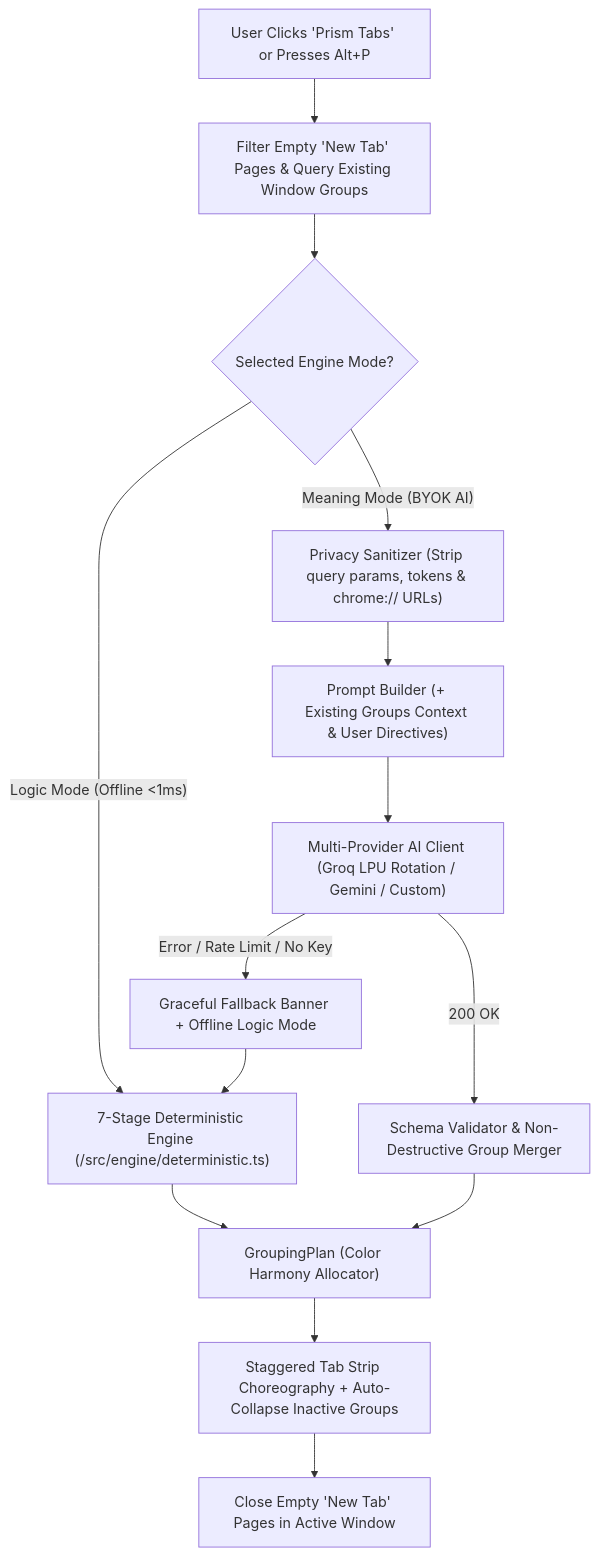
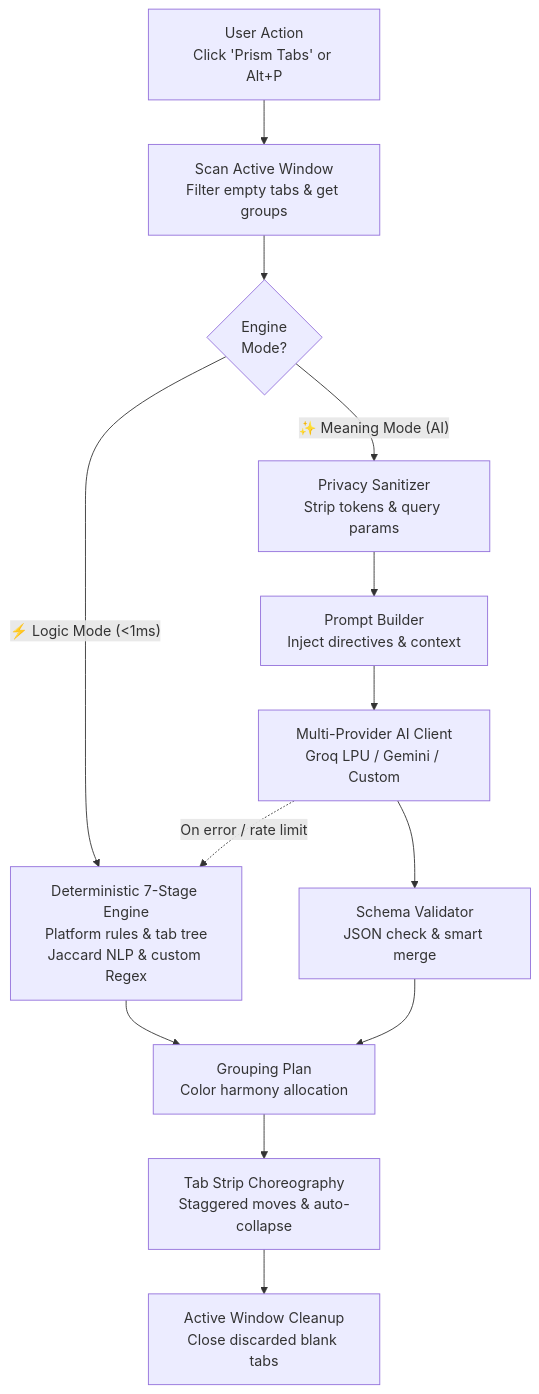
Before and after one commit to vagram-karapetyan/prism-tabs: the diagram in README.md, drawn with Mermaid. The commit also changed other lines of this file, not shown here.

Commit message:
docs(readme): fix mermaid diagram text truncation and update test badges

````diff
--- a/README.md
+++ b/README.md
@@ -30,21 +30,25 @@
 ```mermaid
 flowchart TD
-    User["User Clicks 'Prism Tabs' or Presses Alt+P"] --> EmptyFilter["Filter Empty 'New Tab' Pages & Query Existing Window Groups"]
-    EmptyFilter --> ModeCheck{"Selected Engine Mode?"}
+    Start["User Action<br/>Click 'Prism Tabs' or Alt+P"] --> Scan["Scan Active Window<br/>Filter empty tabs & get groups"]
+    Scan --> Mode{"Engine<br/>Mode?"}
 
-    ModeCheck -- "Logic Mode (Offline <1ms)" --> DetEngine["7-Stage Deterministic Engine (/src/engine/deterministic.ts)"]
-    ModeCheck -- "Meaning Mode (BYOK AI)" --> Sanitizer["Privacy Sanitizer (Strip query params, tokens & chrome:// URLs)"]
+    %% Logic Branch
+    Mode -->|"⚡ Logic Mode (<1ms)"| Logic["Deterministic 7-Stage Engine<br/>Platform rules & tab tree<br/>Jaccard NLP & custom Regex"]
 
-    Sanitizer --> PromptBuilder["Prompt Builder (+ Existing Groups Context & User Directives)"]
-    PromptBuilder --> AIClient["Multi-Provider AI Client (Groq LPU Rotation / Gemini / Custom)"]
+    %% Meaning Branch
+    Mode -->|"✨ Meaning Mode (AI)"| Sanitize["Privacy Sanitizer<br/>Strip tokens & query params"]
+    Sanitize --> Prompt["Prompt Builder<br/>Inject directives & context"]
+    Prompt --> AI["Multi-Provider AI Client<br/>Groq LPU / Gemini / Custom"]
+    AI --> Validate["Schema Validator<br/>JSON check & smart merge"]
 
-    AIClient -- "200 OK" --> Validator["Schema Validator & Non-Destructive Group Merger"]
-    AIClient -- "Error / Rate Limit / No Key" --> Fallback["Graceful Fallback Banner + Offline Logic Mode"]
-    Fallback --> DetEngine
+    %% Fallback
+    AI -.->|"On error / rate limit"| Logic
 
-    DetEngine --> Plan["GroupingPlan (Color Harmony Allocator)"]
-    Validator --> Plan
+    %% Convergence
+    Logic --> Plan["Grouping Plan<br/>Color harmony allocation"]
+    Validate --> Plan
 
-    Plan --> Choreography["Staggered Tab Strip Choreography + Auto-Collapse Inactive Groups"]
-    Choreography --> Cleanup["Close Empty 'New Tab' Pages in Active Window"]
+    %% Execution
+    Plan --> Apply["Tab Strip Choreography<br/>Staggered moves & auto-collapse"]
+    Apply --> Clean["Active Window Cleanup<br/>Close discarded blank tabs"]
 ```
````
